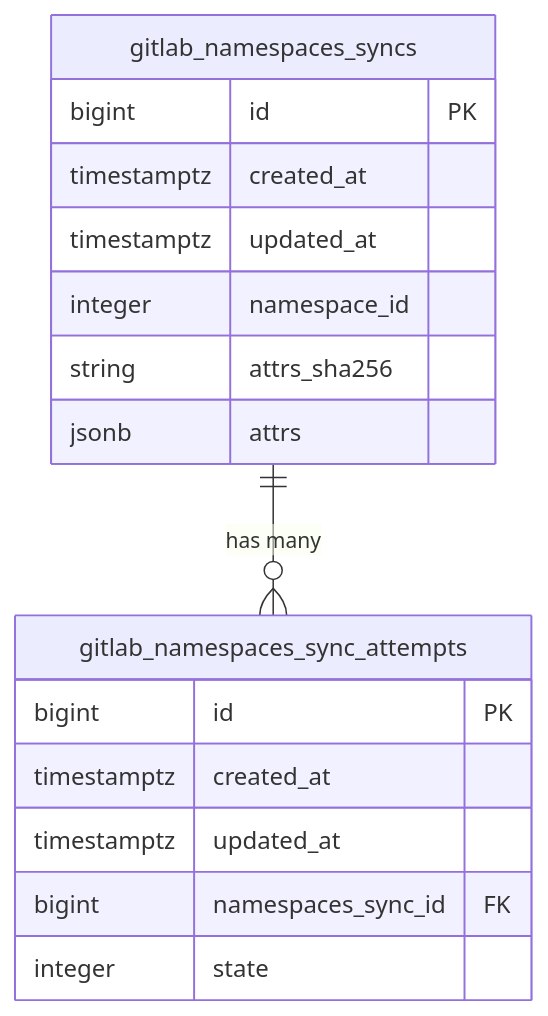
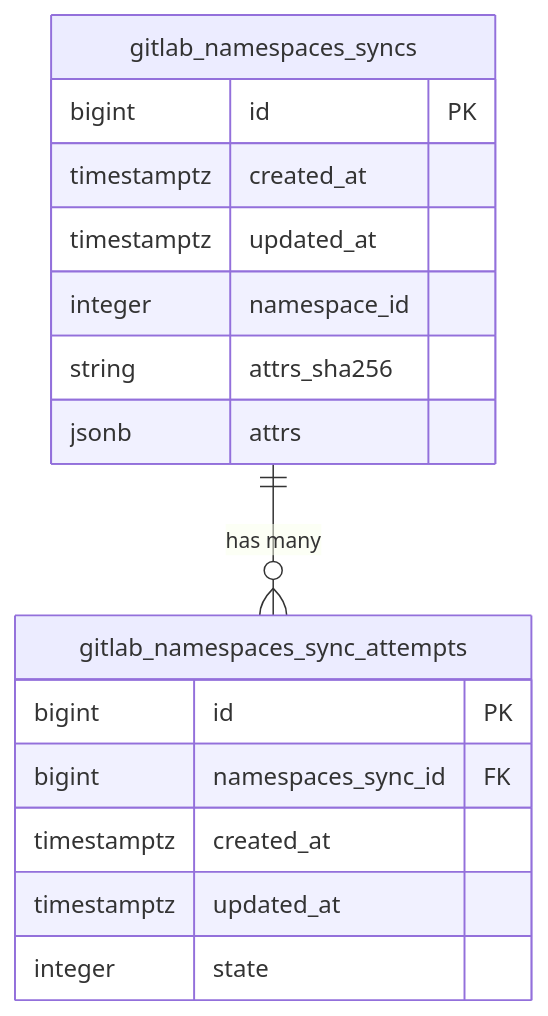
Before and after one commit to zalyoung/gitlab-handbook: the third of 4 diagrams in content/handbook/engineering/architecture/design-documents/cdot_namespace_provision_sync/_index.md, drawn with Mermaid. The commit also changed other lines of this file, not shown here.

````diff
--- a/content/handbook/engineering/architecture/design-documents/cdot_namespace_provision_sync/_index.md
+++ b/content/handbook/engineering/architecture/design-documents/cdot_namespace_provision_sync/_index.md
@@ -107,20 +107,20 @@
 ```mermaid
 erDiagram
     gitlab_namespaces_sync_attempts {
         bigint id PK
+        bigint namespaces_sync_id FK
         timestamptz created_at
         timestamptz updated_at
-        bigint namespaces_sync_id FK
         integer state
     }
     gitlab_namespaces_syncs {
         bigint id PK
         timestamptz created_at
         timestamptz updated_at
         integer namespace_id
         string attrs_sha256
         jsonb attrs
     }
 
   gitlab_namespaces_syncs ||--o{ gitlab_namespaces_sync_attempts : "has many"
 ```
````
